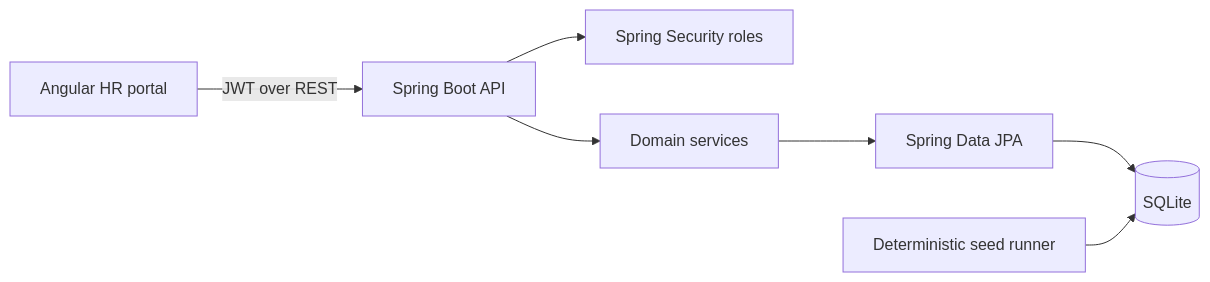
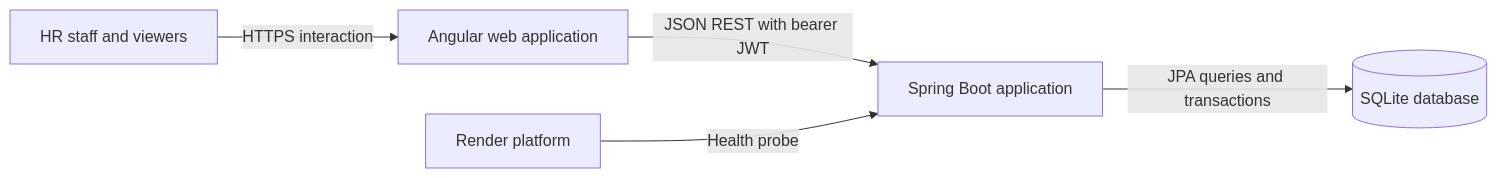
The first of 11 diagrams in docs/architecture.md (BHALASAI/employee_salary-management), drawn with Mermaid before and after one commit. The commit also changed other lines of this file and 82 other files, not shown here.

````diff
--- a/docs/architecture.md
+++ b/docs/architecture.md
@@ -3,9 +15,13 @@
 ```mermaid
 flowchart LR
-  Browser[Angular HR portal] -->|JWT over REST| API[Spring Boot API]
-  API --> Security[Spring Security roles]
-  API --> Service[Domain services]
-  Service --> Repo[Spring Data JPA]
-  Repo --> DB[(SQLite)]
-  Seed[Deterministic seed runner] --> DB
+  Staff[HR staff and viewers]
+  Browser[Angular web application]
+  App[Spring Boot application]
+  Database[(SQLite database)]
+  Render[Render platform]
+
+  Staff -->|HTTPS interaction| Browser
+  Browser -->|JSON REST with bearer JWT| App
+  App -->|JPA queries and transactions| Database
+  Render -->|Health probe| App
 ```
````
